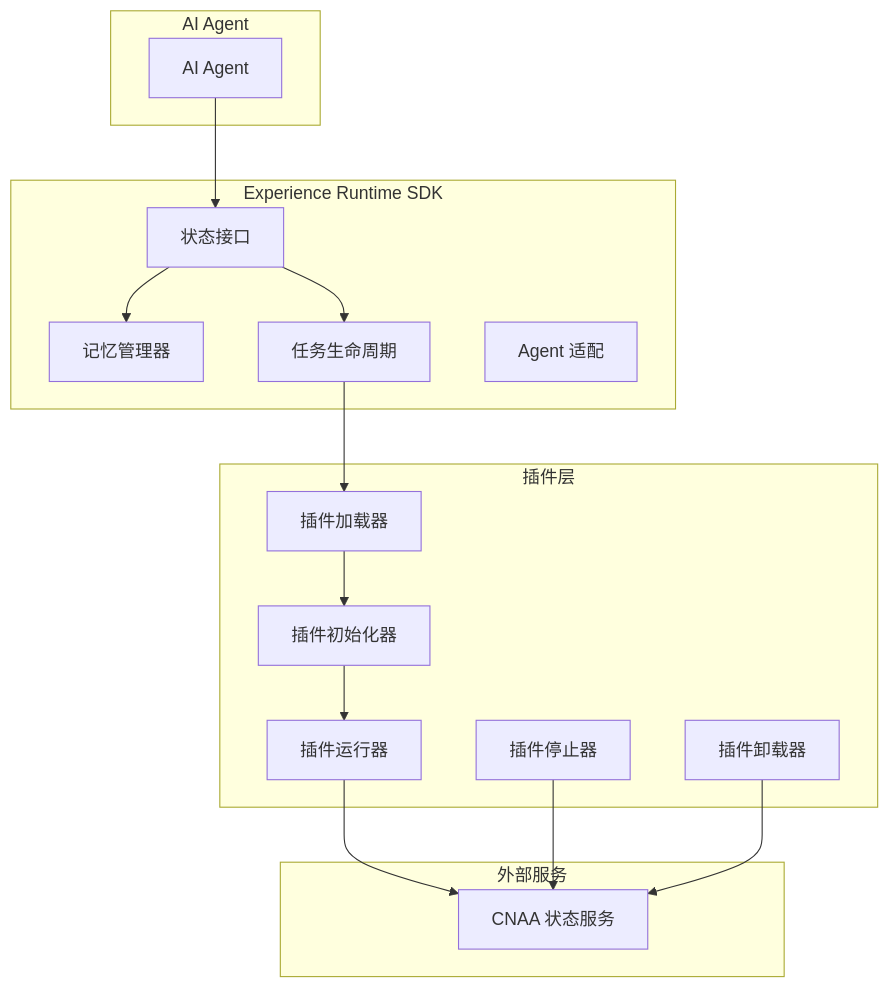
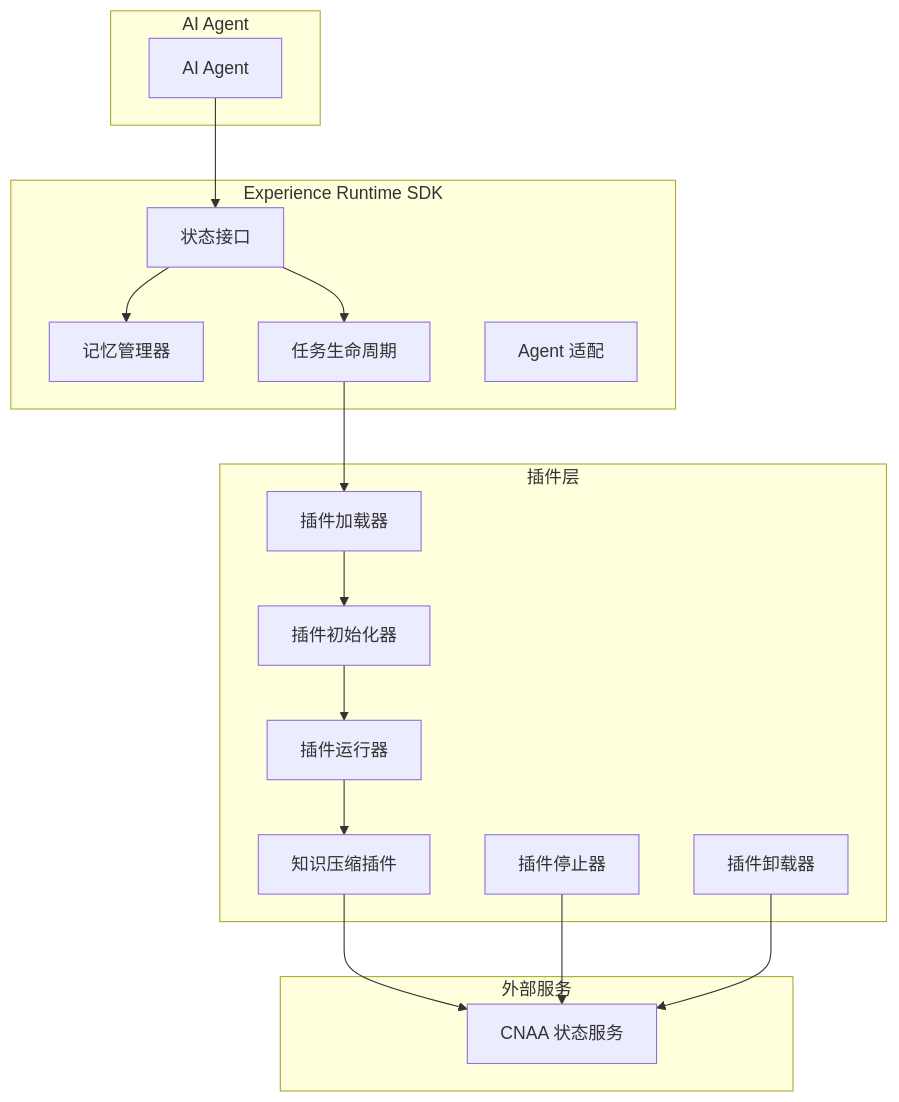
The second of 9 diagrams in .qoder/repowiki/zh/content/开发指南/插件开发指南/插件生命周期管理.md (lgx236/CNAA-Cloud-Native-Agent-Architecture-), drawn with Mermaid before and after one commit. The commit also changed other lines of this file and 98 other files, not shown here.

Commit message:
feat: Add cloud-local distributed architecture configuration & deployment docs

````diff
--- a/.qoder/repowiki/zh/content/开发指南/插件开发指南/插件生命周期管理.md
+++ b/.qoder/repowiki/zh/content/开发指南/插件开发指南/插件生命周期管理.md
@@ -64,31 +84,33 @@
 ```mermaid
 graph TB
 subgraph "AI Agent"
 Agent["AI Agent"]
 end
 subgraph "Experience Runtime SDK"
 StateIF["状态接口"]
 MemMgr["记忆管理器"]
 TaskLC["任务生命周期"]
 AgentAdp["Agent 适配"]
 end
 subgraph "插件层"
 PluginLoader["插件加载器"]
 PluginInit["插件初始化器"]
 PluginRunner["插件运行器"]
 PluginStopper["插件停止器"]
 PluginUnloader["插件卸载器"]
+KnowledgePlugin["知识压缩插件"]
 end
 subgraph "外部服务"
 StateSvc["CNAA 状态服务"]
 end
 Agent --> StateIF
 StateIF --> MemMgr
 StateIF --> TaskLC
 TaskLC --> PluginLoader
 PluginLoader --> PluginInit
 PluginInit --> PluginRunner
-PluginRunner --> StateSvc
+PluginRunner --> KnowledgePlugin
+KnowledgePlugin --> StateSvc
 PluginStopper --> StateSvc
 PluginUnloader --> StateSvc
 ```
````
